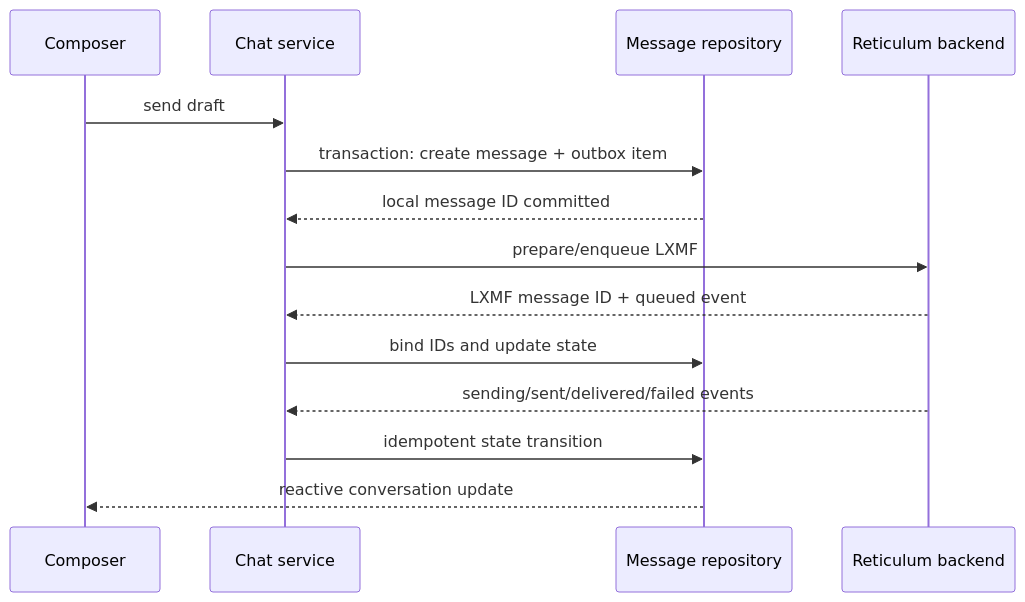
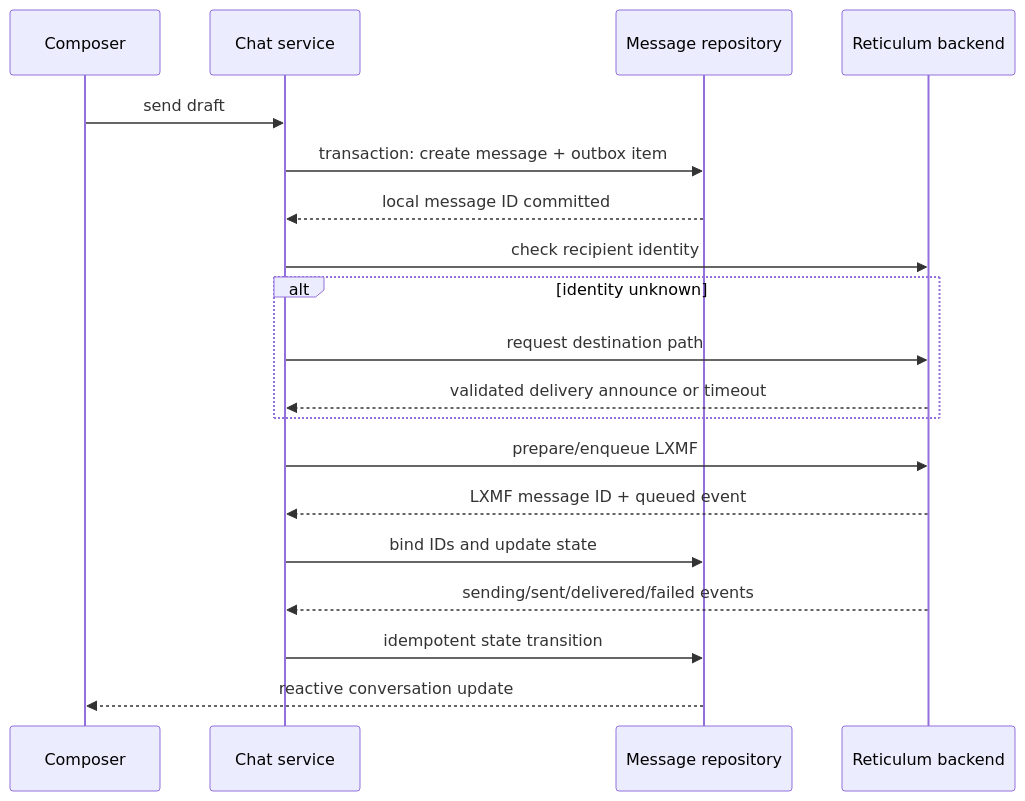
The third of 3 diagrams in docs/architecture.md (nilu96/Retivum), drawn with Mermaid before and after one commit. The commit also changed other lines of this file and 13 other files, not shown here.

````diff
--- a/docs/architecture.md
+++ b/docs/architecture.md
@@ -581,17 +582,22 @@
 ```mermaid
 sequenceDiagram
     participant C as Composer
     participant A as Chat service
     participant DB as Message repository
     participant R as Reticulum backend
 
     C->>A: send draft
     A->>DB: transaction: create message + outbox item
     DB-->>A: local message ID committed
+    A->>R: check recipient identity
+    alt identity unknown
+        A->>R: request destination path
+        R-->>A: validated delivery announce or timeout
+    end
     A->>R: prepare/enqueue LXMF
     R-->>A: LXMF message ID + queued event
     A->>DB: bind IDs and update state
     R-->>A: sending/sent/delivered/failed events
     A->>DB: idempotent state transition
     DB-->>C: reactive conversation update
 ```
````
